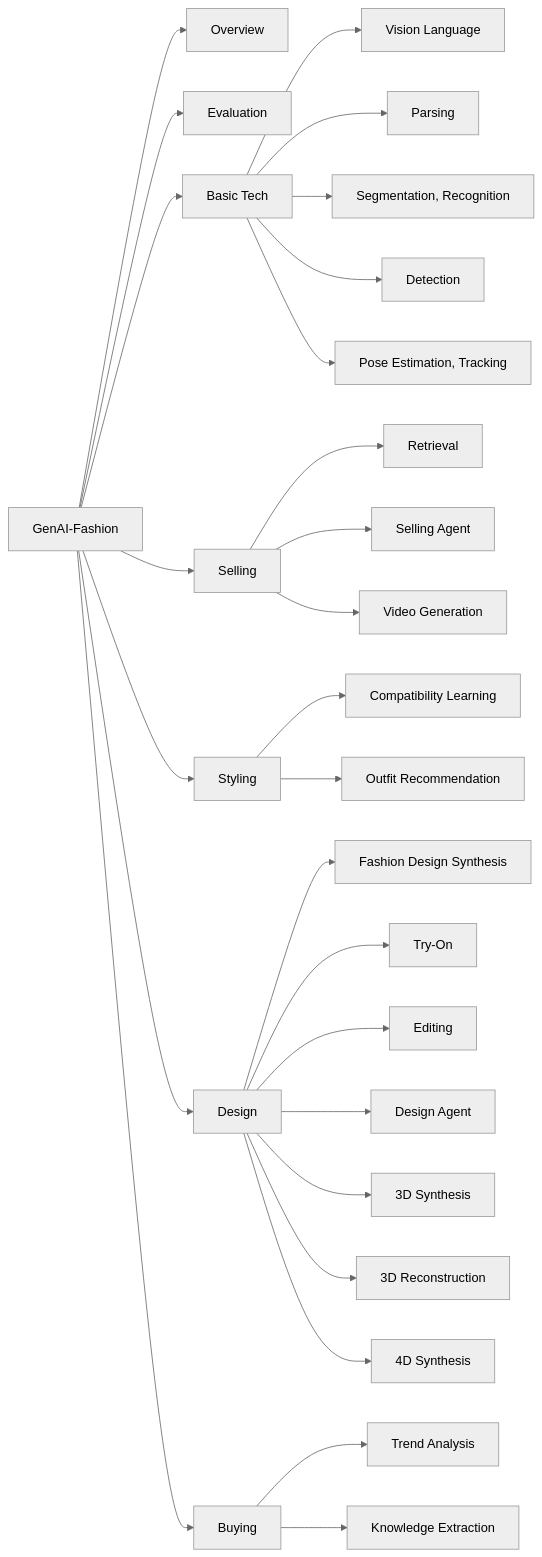
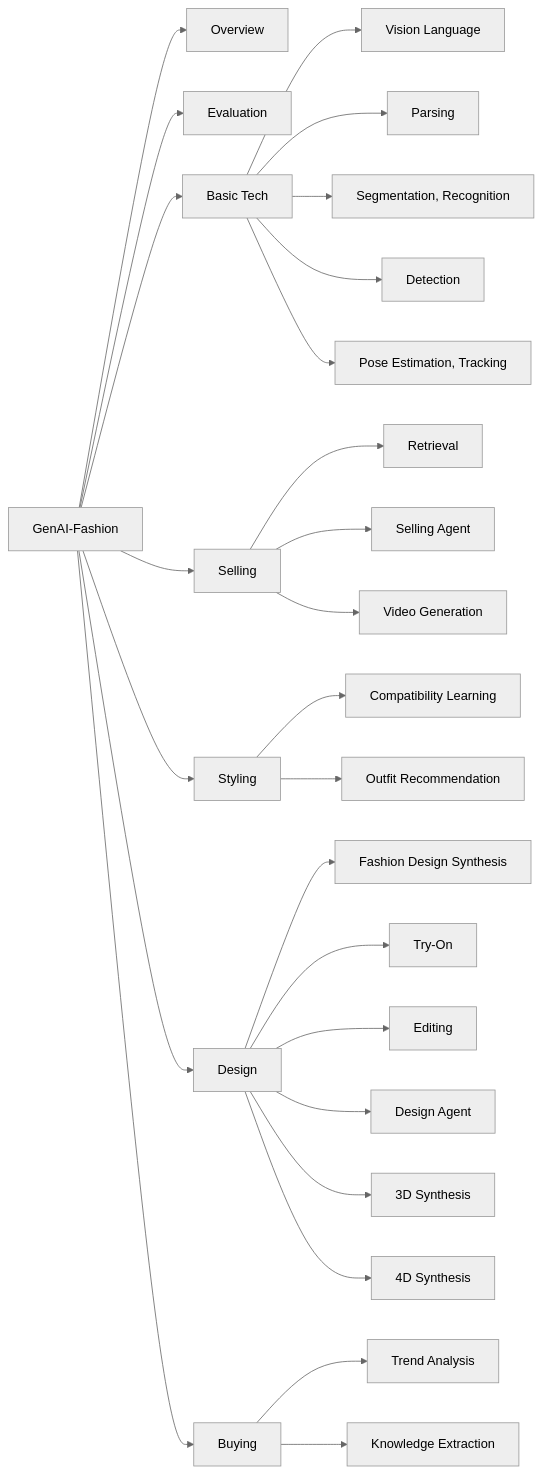
Before and after one commit to wendashi/Cool-GenAI-Fashion-Papers: the diagram in README.md, drawn with Mermaid (neutral theme). The commit also changed other lines of this file, not shown here.

````diff
--- a/README.md
+++ b/README.md
@@ -42,36 +41,35 @@
 ```mermaid
 graph LR
   GenAIFashion[GenAI-Fashion]
   GenAIFashion --> Overview[Overview]
   GenAIFashion --> Evaluation[Evaluation]
   GenAIFashion --> BasicTech[Basic Tech]
   GenAIFashion --> Selling[Selling]
   GenAIFashion --> Styling[Styling]
   GenAIFashion --> Design[Design]
   GenAIFashion --> Buying[Buying]
 
   BasicTech --> VisionLanguage[Vision Language]
   BasicTech --> Parsing[Parsing]
   BasicTech --> SegmentationRecognition[Segmentation, Recognition]
   BasicTech --> Detection[Detection]
   BasicTech --> PoseEstimationTracking[Pose Estimation, Tracking] 
 
   Selling --> Retrieval[Retrieval]
   Selling --> SellingAgent[Selling Agent]
   Selling --> VideoGeneration[Video Generation]
 
   Styling --> CompatibilityLearning[Compatibility Learning]
   Styling --> OutfitRecommendation[Outfit Recommendation]
 
   Design --> FashionDesignSynthesis[Fashion Design Synthesis]
   Design --> TryOn[Try-On]
   Design --> Editing[Editing]
   Design --> DesignAgent[Design Agent]
   Design --> 3DSynthesis[3D Synthesis]
-  Design --> 3DReconstruction[3D Reconstruction]
   Design --> 4DSynthesis[4D Synthesis]
   
   Buying --> TrendAnalysis[Trend Analysis]
   Buying --> KnowledgeExtraction[Knowledge Extraction]
   
 ```
````
